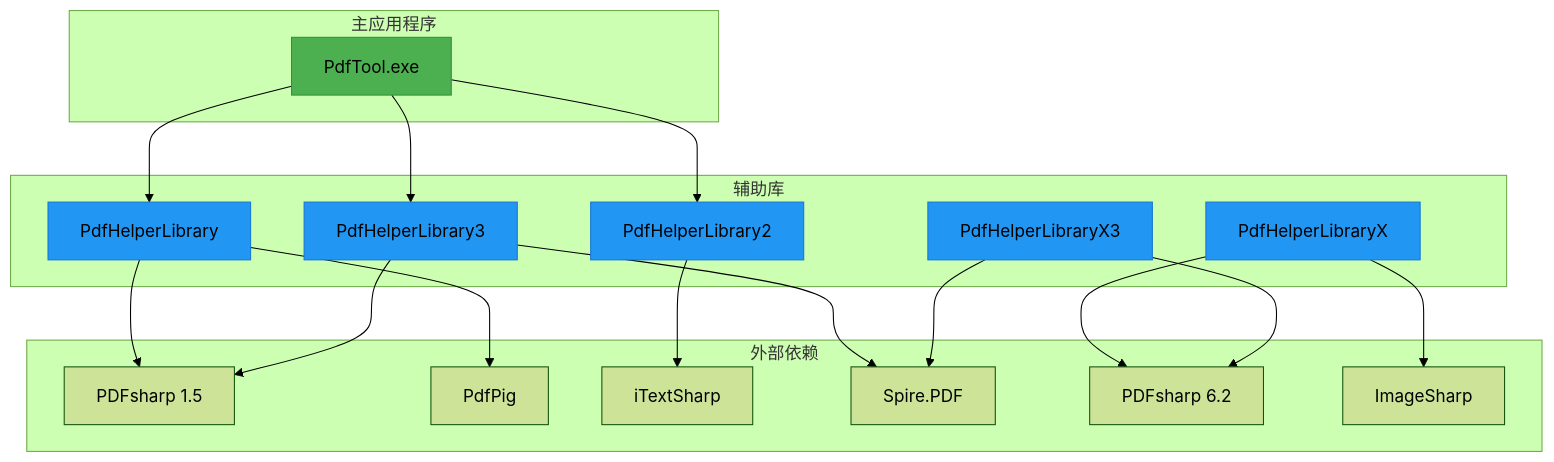
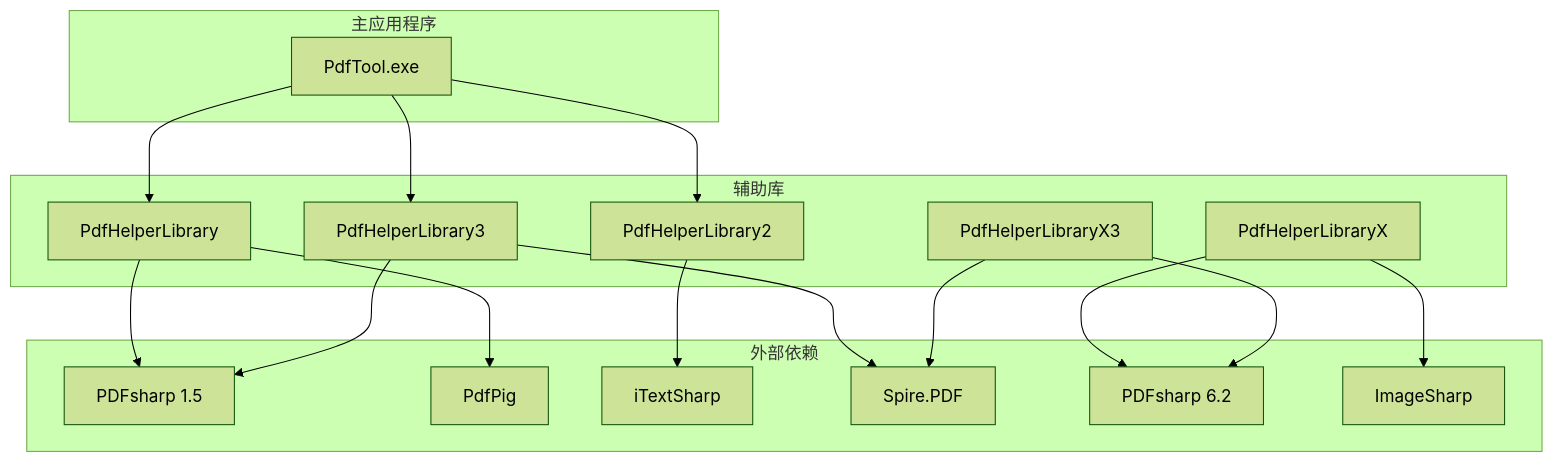
The second of 2 diagrams in .qoder/repowiki/zh/content/技术架构设计/依赖管理/依赖管理.md (db300/PdfTool), drawn with Mermaid (forest theme) before and after one commit. The commit also changed other lines of this file and 4 other files, not shown here.

````diff
--- a/.qoder/repowiki/zh/content/技术架构设计/依赖管理/依赖管理.md
+++ b/.qoder/repowiki/zh/content/技术架构设计/依赖管理/依赖管理.md
@@ -120,39 +128,33 @@
 ```mermaid
 graph TD
 subgraph "主应用程序"
 A[PdfTool.exe]
 end
 subgraph "辅助库"
 B[PdfHelperLibrary]
 C[PdfHelperLibrary2]
 D[PdfHelperLibrary3]
 E[PdfHelperLibraryX]
 F[PdfHelperLibraryX3]
 end
 subgraph "外部依赖"
 G[PDFsharp 1.5]
 H[PdfPig]
 I[iTextSharp]
 J[Spire.PDF]
 K[PDFsharp 6.2]
 L[ImageSharp]
 end
 A --> B
 A --> C
 A --> D
 B --> G
 B --> H
 C --> I
 D --> G
 D --> J
 E --> K
 E --> L
 F --> K
 F --> J
-style A fill:#4CAF50,stroke:#388E3C
-style B fill:#2196F3,stroke:#1976D2
-style C fill:#2196F3,stroke:#1976D2
-style D fill:#2196F3,stroke:#1976D2
-style E fill:#2196F3,stroke:#1976D2
-style F fill:#2196F3,stroke:#1976D2
 ```
````
